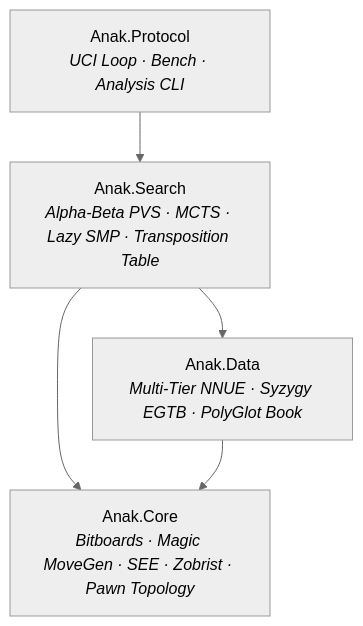
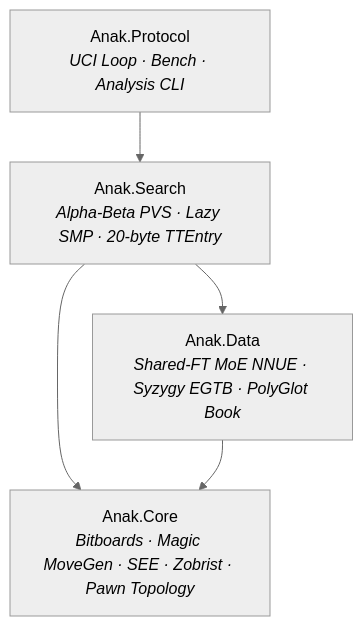
Before and after one commit to LaurentAerens/anak: the diagram in README.md, drawn with Mermaid (neutral theme). The commit also changed other lines of this file and 7 other files, not shown here.

Commit message:
docs(readme): update README for v1.0.22+ MoE/Alpha-Beta and Zanak; ignore reports and logs

````diff
--- a/README.md
+++ b/README.md
@@ -15,12 +15,12 @@
 ```mermaid
 flowchart TD
     Protocol["Anak.Protocol<br/><i>UCI Loop · Bench · Analysis CLI</i>"]
-    Search["Anak.Search<br/><i>Alpha-Beta PVS · MCTS · Lazy SMP · Transposition Table</i>"]
-    Data["Anak.Data<br/><i>Multi-Tier NNUE · Syzygy EGTB · PolyGlot Book</i>"]
+    Search["Anak.Search<br/><i>Alpha-Beta PVS · Lazy SMP · 20-byte TTEntry</i>"]
+    Data["Anak.Data<br/><i>Shared-FT MoE NNUE · Syzygy EGTB · PolyGlot Book</i>"]
     Core["Anak.Core<br/><i>Bitboards · Magic MoveGen · SEE · Zobrist · Pawn Topology</i>"]
 
     Protocol --> Search
     Search --> Data
     Search --> Core
     Data --> Core
 ```
````
